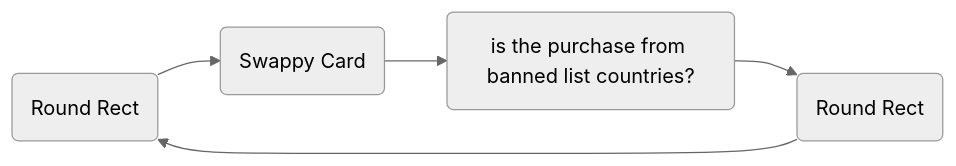
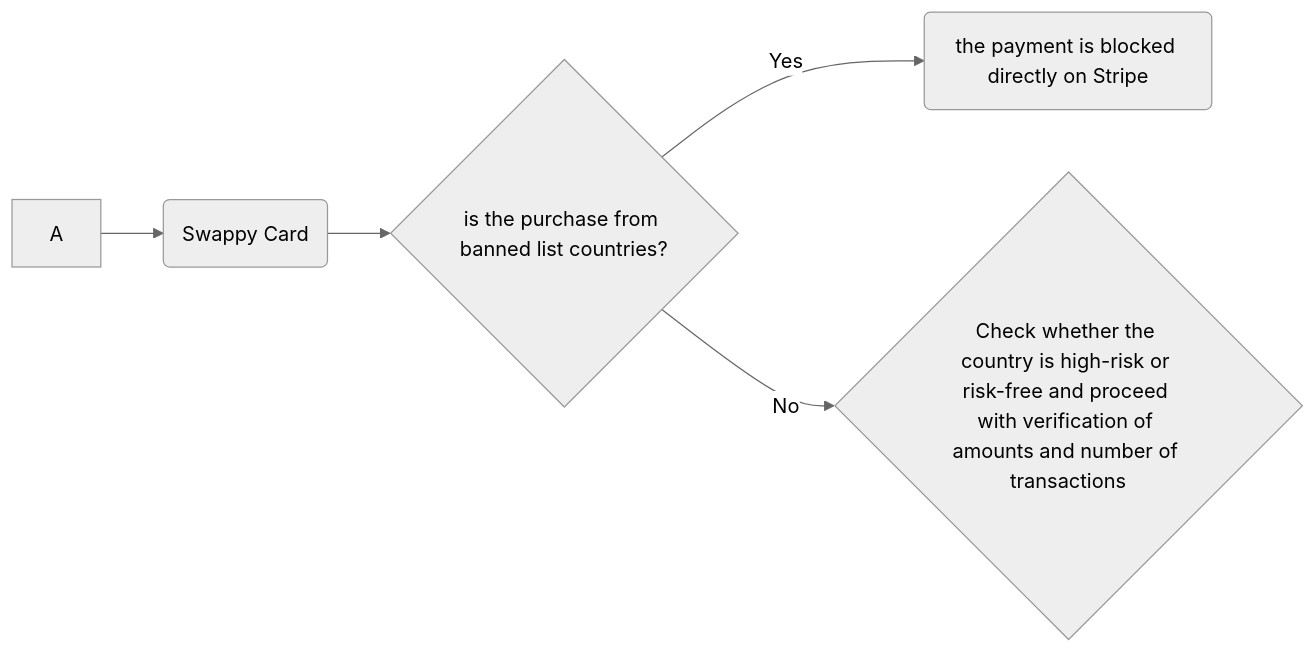
Before and after one commit to ForintFinance/Swappy: the diagram in swappyCard/readme.md, drawn with Mermaid (neutral theme).

````diff
--- a/swappyCard/readme.md
+++ b/swappyCard/readme.md
@@ -16,7 +16,7 @@
 ```mermaid
 graph LR
 A --> B(Swappy Card)
-B --> C(is the purchase from banned list countries?)
-C --> D(Round Rect)
-D --> A(Round Rect)
+B --> C{is the purchase from banned list countries?}
+C -- Yes --> D(the payment is blocked directly on Stripe)
+C -- No --> E{Check whether the country is high-risk or risk-free and proceed with verification of amounts and number of transactions}
 ```
````
